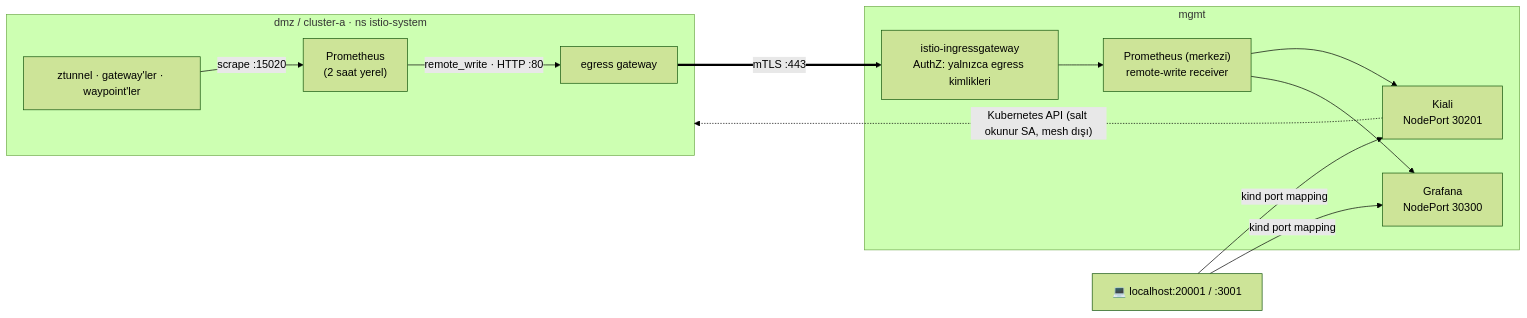
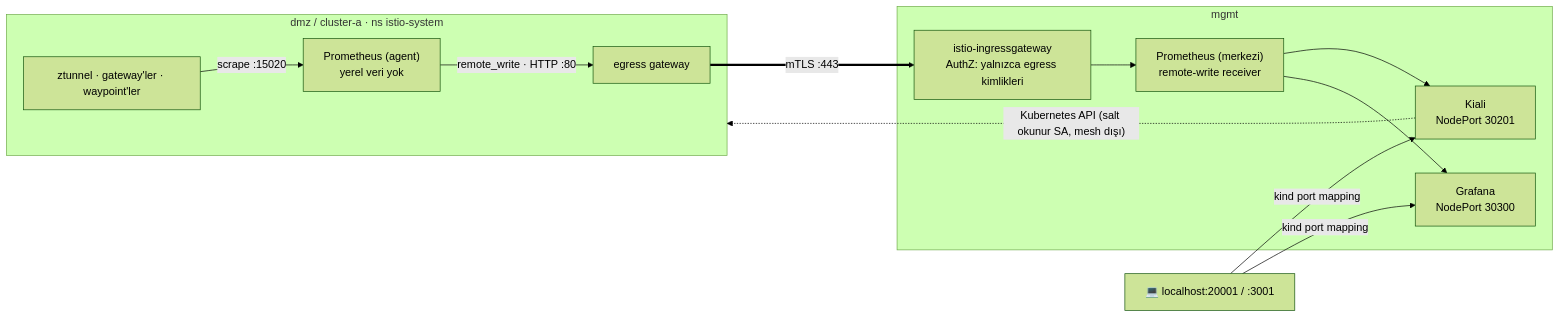
The ninth of 11 diagrams in README.md (olgunyldz/service-mesh-lab), drawn with Mermaid (forest theme) before and after one commit. The commit also changed other lines of this file and 58 other files, not shown here.

````diff
--- a/README.md
+++ b/README.md
@@ -531,17 +538,17 @@
 ```mermaid
 flowchart LR
     subgraph D["dmz / cluster-a · ns istio-system"]
-        zt["ztunnel · gateway'ler · waypoint'ler"] -->|scrape :15020| p["Prometheus<br/>(2 saat yerel)"]
+        zt["ztunnel · gateway'ler · waypoint'ler"] -->|scrape :15020| p["Prometheus (agent)<br/>yerel veri yok"]
         p -->|"remote_write · HTTP :80"| eg["egress gateway"]
     end
     subgraph M["mgmt"]
         mgw["istio-ingressgateway<br/>AuthZ: yalnızca egress kimlikleri"]
         cp["Prometheus (merkezi)<br/>remote-write receiver"]
         k["Kiali<br/>NodePort 30201"]
         g["Grafana<br/>NodePort 30300"]
         mgw --> cp --> k & g
     end
     eg ==>|"mTLS :443"| mgw
     k -.->|"Kubernetes API (salt okunur SA, mesh dışı)"| D
     host["💻 localhost:20001 / :3001"] -->|kind port mapping| k & g
 ```
````
